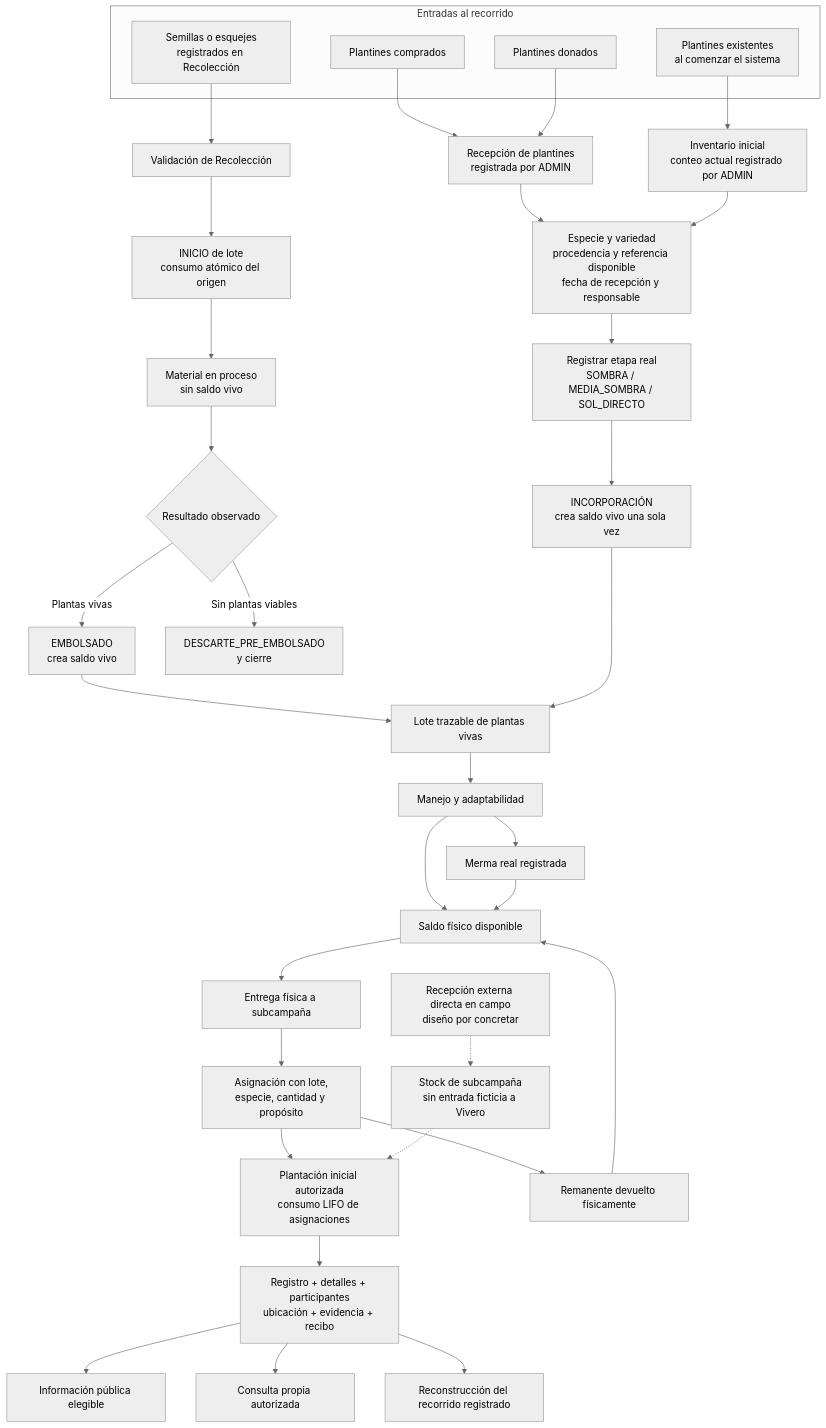
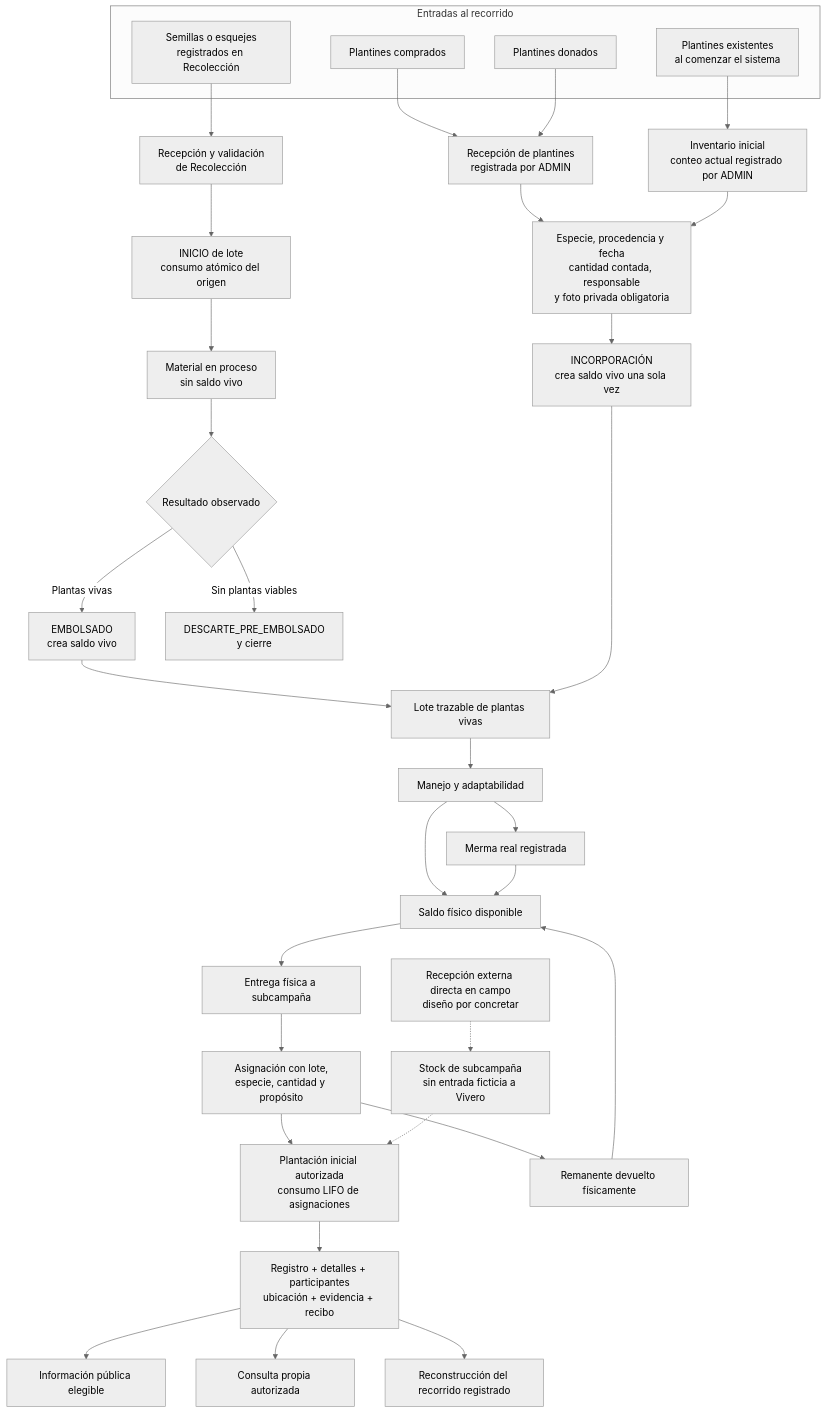
Before and after one commit to R3foresta/r3foresta-docs: the first of 18 diagrams in documentacion-grado/06_entregables/proyecto_grado/03_2_fase_elaboracion.md, drawn with Mermaid (neutral theme). The commit also changed other lines of this file and 672 other files, not shown here.

````diff
--- a/documentacion-grado/06_entregables/proyecto_grado/03_2_fase_elaboracion.md
+++ b/documentacion-grado/06_entregables/proyecto_grado/03_2_fase_elaboracion.md
@@ -39,47 +41,46 @@
 ```mermaid
 flowchart TB
     subgraph ORIGEN["Entradas al recorrido"]
         REC["Semillas o esquejes<br/>registrados en Recolección"]
         COMP["Plantines comprados"]
         DON["Plantines donados"]
         EXIST["Plantines existentes<br/>al comenzar el sistema"]
     end
 
-    REC --> VAL["Validación de Recolección"]
+    REC --> VAL["Recepción y validación<br/>de Recolección"]
     VAL --> INI["INICIO de lote<br/>consumo atómico del origen"]
     INI --> PROC["Material en proceso<br/>sin saldo vivo"]
     PROC --> RES{"Resultado observado"}
     RES -->|"Plantas vivas"| EMB["EMBOLSADO<br/>crea saldo vivo"]
     RES -->|"Sin plantas viables"| PRE["DESCARTE_PRE_EMBOLSADO<br/>y cierre"]
 
     COMP --> RECEP["Recepción de plantines<br/>registrada por ADMIN"]
     DON --> RECEP
     EXIST --> INVENT["Inventario inicial<br/>conteo actual registrado por ADMIN"]
 
-    RECEP --> IDENT["Especie y variedad<br/>procedencia y referencia disponible<br/>fecha de recepción y responsable"]
+    RECEP --> IDENT["Especie, procedencia y fecha<br/>cantidad contada, responsable<br/>y foto privada obligatoria"]
     INVENT --> IDENT
-    IDENT --> ETAPA["Registrar etapa real<br/>SOMBRA / MEDIA_SOMBRA / SOL_DIRECTO"]
-    ETAPA --> INC["INCORPORACIÓN<br/>crea saldo vivo una sola vez"]
+    IDENT --> INC["INCORPORACIÓN<br/>crea saldo vivo una sola vez"]
 
     EMB --> LOTE["Lote trazable de plantas vivas"]
     INC --> LOTE
 
     LOTE --> MAN["Manejo y adaptabilidad"]
     MAN --> MER["Merma real registrada"]
     MAN --> SAL["Saldo físico disponible"]
     MER --> SAL
 
     SAL --> ENTREGA["Entrega física a subcampaña"]
     ENTREGA --> ASIG["Asignación con lote,<br/>especie, cantidad y propósito"]
     ASIG --> PLANT["Plantación inicial autorizada<br/>consumo LIFO de asignaciones"]
     PLANT --> TRAZA["Registro + detalles + participantes<br/>ubicación + evidencia + recibo"]
 
     ASIG --> DEV["Remanente devuelto físicamente"]
     DEV --> SAL
 
     DIRECTA["Recepción externa directa en campo<br/>diseño por concretar"] -.-> CAMPO["Stock de subcampaña<br/>sin entrada ficticia a Vivero"]
     CAMPO -.-> PLANT
     TRAZA --> PUBLICO["Información pública elegible"]
     TRAZA --> PROPIO["Consulta propia autorizada"]
     TRAZA --> CUSTODIA["Reconstrucción del recorrido registrado"]
 ```
````
